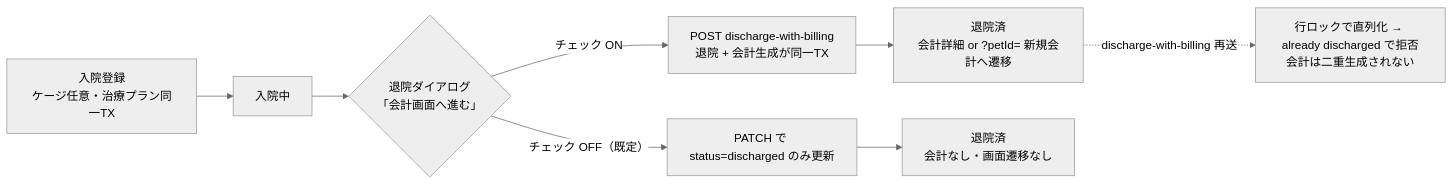
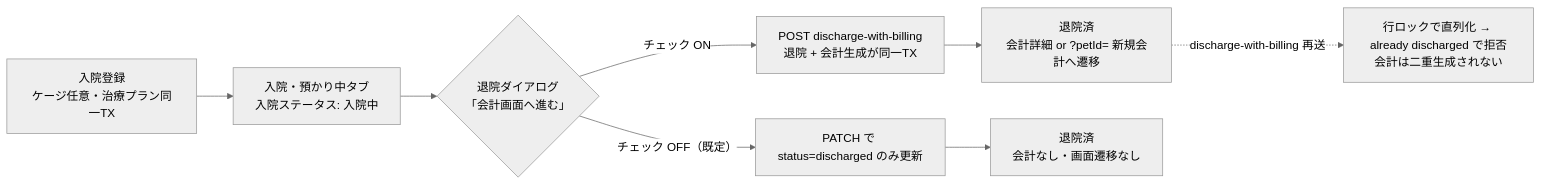
Before and after one commit to MinoruSoga/AnimalEkarte: the diagram in docs/ops/testing/scenarios/S05-hospitalization-cycle.md, drawn with Mermaid (neutral theme). The commit also changed other lines of this file, not shown here.

````diff
--- a/docs/ops/testing/scenarios/S05-hospitalization-cycle.md
+++ b/docs/ops/testing/scenarios/S05-hospitalization-cycle.md
@@ -29,10 +29,10 @@
 ```mermaid
 flowchart LR
-    A["入院登録<br/>ケージ任意・治療プラン同一TX"] --> B["入院中"]
+    A["入院登録<br/>ケージ任意・治療プラン同一TX"] --> B["入院・預かり中タブ<br/>入院ステータス: 入院中"]
     B --> C{"退院ダイアログ<br/>「会計画面へ進む」"}
     C -->|"チェック ON"| D["POST discharge-with-billing<br/>退院 + 会計生成が同一TX"]
     C -->|"チェック OFF（既定）"| E["PATCH で status=discharged のみ更新"]
     D --> F["退院済<br/>会計詳細 or ?petId= 新規会計へ遷移"]
     E --> G["退院済<br/>会計なし・画面遷移なし"]
     F -.->|"discharge-with-billing 再送"| H["行ロックで直列化 → already discharged で拒否<br/>会計は二重生成されない"]
 ```
````
